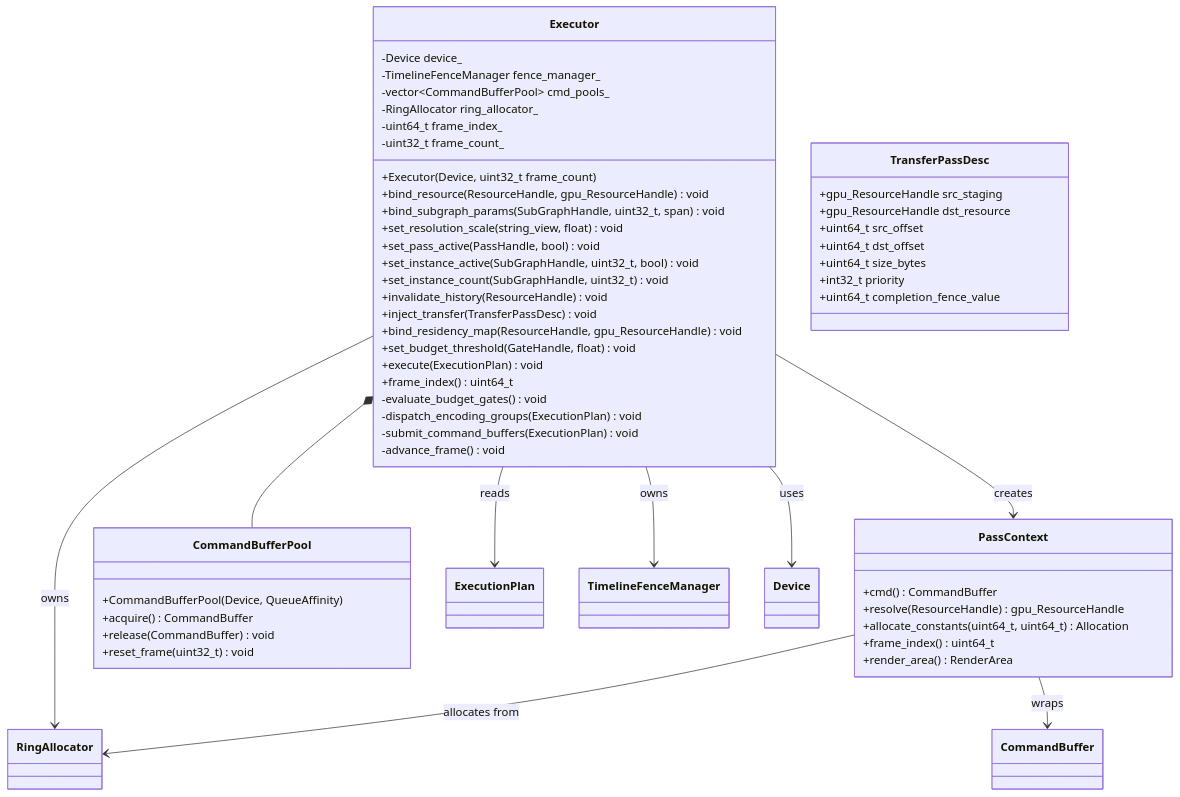
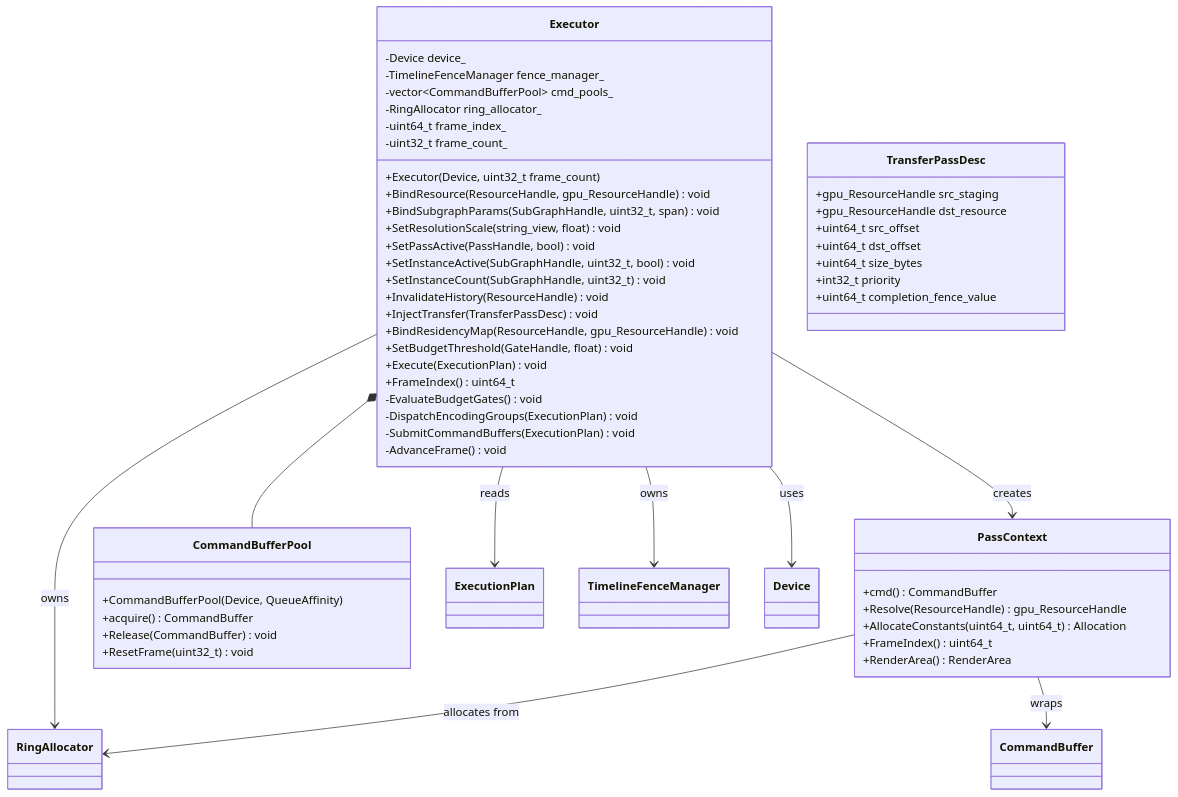
The seventh of 15 diagrams in docs/design/render-graph-classes.md (harmonius-dev/harmonius), drawn with Mermaid before and after one commit. The commit also changed other lines of this file and 67 other files, not shown here.

````diff
--- a/docs/design/render-graph-classes.md
+++ b/docs/design/render-graph-classes.md
@@ -612,59 +612,59 @@
 ```mermaid
 classDiagram
     class Executor {
         +Executor(Device, uint32_t frame_count)
-        +bind_resource(ResourceHandle, gpu_ResourceHandle) void
-        +bind_subgraph_params(SubGraphHandle, uint32_t, span) void
-        +set_resolution_scale(string_view, float) void
-        +set_pass_active(PassHandle, bool) void
-        +set_instance_active(SubGraphHandle, uint32_t, bool) void
-        +set_instance_count(SubGraphHandle, uint32_t) void
-        +invalidate_history(ResourceHandle) void
-        +inject_transfer(TransferPassDesc) void
-        +bind_residency_map(ResourceHandle, gpu_ResourceHandle) void
-        +set_budget_threshold(GateHandle, float) void
-        +execute(ExecutionPlan) void
-        +frame_index() uint64_t
-        -evaluate_budget_gates() void
-        -dispatch_encoding_groups(ExecutionPlan) void
-        -submit_command_buffers(ExecutionPlan) void
-        -advance_frame() void
+        +BindResource(ResourceHandle, gpu_ResourceHandle) void
+        +BindSubgraphParams(SubGraphHandle, uint32_t, span) void
+        +SetResolutionScale(string_view, float) void
+        +SetPassActive(PassHandle, bool) void
+        +SetInstanceActive(SubGraphHandle, uint32_t, bool) void
+        +SetInstanceCount(SubGraphHandle, uint32_t) void
+        +InvalidateHistory(ResourceHandle) void
+        +InjectTransfer(TransferPassDesc) void
+        +BindResidencyMap(ResourceHandle, gpu_ResourceHandle) void
+        +SetBudgetThreshold(GateHandle, float) void
+        +Execute(ExecutionPlan) void
+        +FrameIndex() uint64_t
+        -EvaluateBudgetGates() void
+        -DispatchEncodingGroups(ExecutionPlan) void
+        -SubmitCommandBuffers(ExecutionPlan) void
+        -AdvanceFrame() void
         -Device device_
         -TimelineFenceManager fence_manager_
         -vector~CommandBufferPool~ cmd_pools_
         -RingAllocator ring_allocator_
         -uint64_t frame_index_
         -uint32_t frame_count_
     }
     class PassContext {
         +cmd() CommandBuffer
-        +resolve(ResourceHandle) gpu_ResourceHandle
-        +allocate_constants(uint64_t, uint64_t) Allocation
-        +frame_index() uint64_t
-        +render_area() RenderArea
+        +Resolve(ResourceHandle) gpu_ResourceHandle
+        +AllocateConstants(uint64_t, uint64_t) Allocation
+        +FrameIndex() uint64_t
+        +RenderArea() RenderArea
     }
     class CommandBufferPool {
         +CommandBufferPool(Device, QueueAffinity)
         +acquire() CommandBuffer
-        +release(CommandBuffer) void
-        +reset_frame(uint32_t) void
+        +Release(CommandBuffer) void
+        +ResetFrame(uint32_t) void
     }
     class TransferPassDesc {
         +gpu_ResourceHandle src_staging
         +gpu_ResourceHandle dst_resource
         +uint64_t src_offset
         +uint64_t dst_offset
         +uint64_t size_bytes
         +int32_t priority
         +uint64_t completion_fence_value
     }
 
     Executor --> ExecutionPlan : reads
     Executor --> TimelineFenceManager : owns
     Executor *-- CommandBufferPool
     Executor --> RingAllocator : owns
     Executor --> PassContext : creates
     Executor --> Device : uses
     PassContext --> CommandBuffer : wraps
     PassContext --> RingAllocator : allocates from
 ```
````
